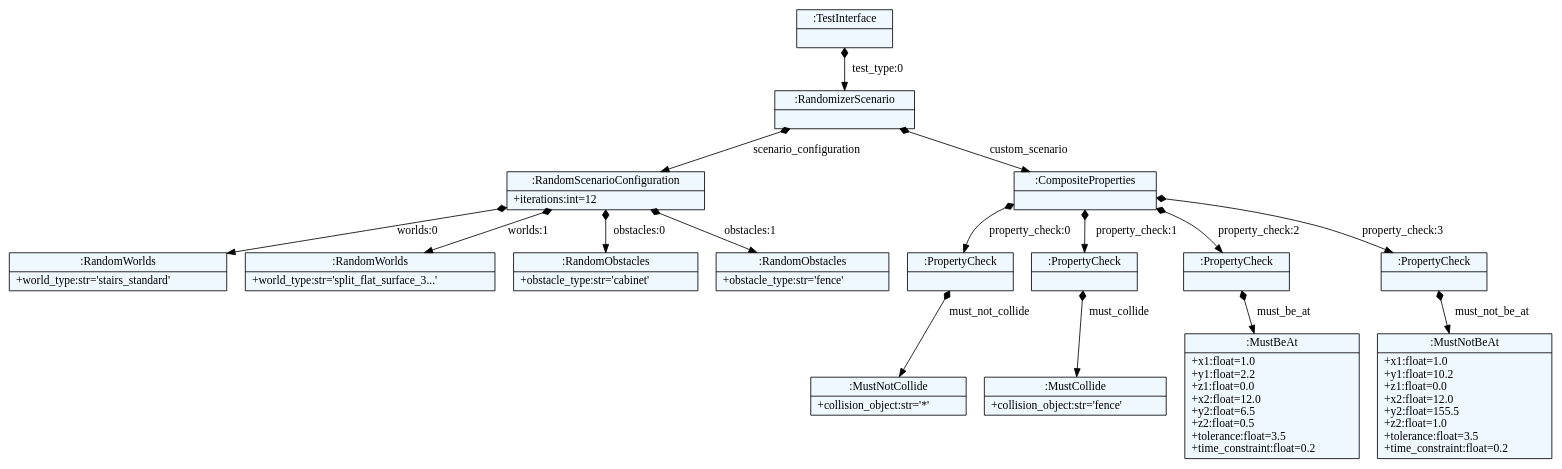
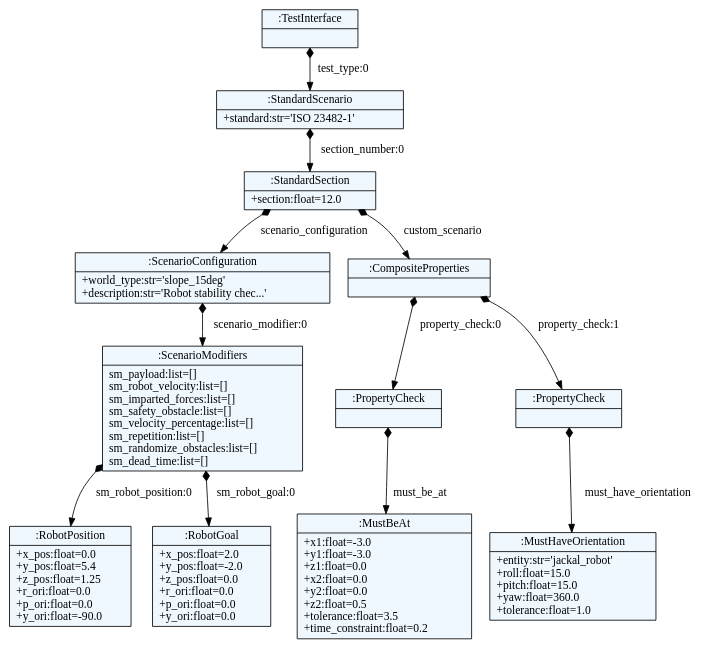
One commit to SOHAIL1996/property_based_tester changed the diagram in src/property_based_tester/property_based_language_generation/test_definitions.dot. Above: the diagram before and after it, drawn with Graphviz. The commit also changed 4 other files, not shown here.

Commit message:
Adding base grammar rule graph generation

```diff
--- a/src/property_based_tester/property_based_language_generation/test_definitions.dot
+++ b/src/property_based_tester/property_based_language_generation/test_definitions.dot
@@ -1,46 +1,38 @@
 
     digraph textX {
     fontname = "Bitstream Vera Sans"
     fontsize = 8
     node[
         shape=record,
         style=filled,
         fillcolor=aliceblue
     ]
     nodesep = 0.3
     edge[dir=black,arrowtail=empty]
 
 
-140392244913056 -> 140392244912768 [label="test_type:0" arrowtail=diamond dir=both]
-140392244912768 -> 140392244850352 [label="scenario_configuration" arrowtail=diamond dir=both]
-140392244850352 -> 140392244850064 [label="worlds:0" arrowtail=diamond dir=both]
-140392244850064[label="{:RandomWorlds|+world_type:str='stairs_standard'\l}"]
-140392244850352 -> 140392244849344 [label="worlds:1" arrowtail=diamond dir=both]
-140392244849344[label="{:RandomWorlds|+world_type:str='split_flat_surface_3...'\l}"]
-140392244850352 -> 140392244849248 [label="obstacles:0" arrowtail=diamond dir=both]
-140392244849248[label="{:RandomObstacles|+obstacle_type:str='cabinet'\l}"]
-140392244850352 -> 140392244849056 [label="obstacles:1" arrowtail=diamond dir=both]
-140392244849056[label="{:RandomObstacles|+obstacle_type:str='fence'\l}"]
-140392244850352[label="{:RandomScenarioConfiguration|+iterations:int=12\l}"]
-140392244912768 -> 140392244850400 [label="custom_scenario" arrowtail=diamond dir=both]
-140392244850400 -> 140392244848384 [label="property_check:0" arrowtail=diamond dir=both]
-140392244848384 -> 140392244848480 [label="must_not_collide" arrowtail=diamond dir=both]
-140392244848480[label="{:MustNotCollide|+collision_object:str='*'\l}"]
-140392244848384[label="{:PropertyCheck|}"]
-140392244850400 -> 140392244848096 [label="property_check:1" arrowtail=diamond dir=both]
-140392244848096 -> 140392244847808 [label="must_collide" arrowtail=diamond dir=both]
-140392244847808[label="{:MustCollide|+collision_object:str='fence'\l}"]
-140392244848096[label="{:PropertyCheck|}"]
-140392244850400 -> 140392244847760 [label="property_check:2" arrowtail=diamond dir=both]
-140392244847760 -> 140392244846752 [label="must_be_at" arrowtail=diamond dir=both]
-140392244846752[label="{:MustBeAt|+x1:float=1.0\l+y1:float=2.2\l+z1:float=0.0\l+x2:float=12.0\l+y2:float=6.5\l+z2:float=0.5\l+tolerance:float=3.5\l+time_constraint:float=0.2\l}"]
-140392244847760[label="{:PropertyCheck|}"]
-140392244850400 -> 140392244847088 [label="property_check:3" arrowtail=diamond dir=both]
-140392244847088 -> 140392244879024 [label="must_not_be_at" arrowtail=diamond dir=both]
-140392244879024[label="{:MustNotBeAt|+x1:float=1.0\l+y1:float=10.2\l+z1:float=0.0\l+x2:float=12.0\l+y2:float=155.5\l+z2:float=1.0\l+tolerance:float=3.5\l+time_constraint:float=0.2\l}"]
-140392244847088[label="{:PropertyCheck|}"]
-140392244850400[label="{:CompositeProperties|}"]
-140392244912768[label="{:RandomizerScenario|}"]
-140392244913056[label="{:TestInterface|}"]
+140522408799968 -> 140522408798768 [label="test_type:0" arrowtail=diamond dir=both]
+140522408798768 -> 140522408799488 [label="section_number:0" arrowtail=diamond dir=both]
+140522408799488 -> 140522408799200 [label="scenario_configuration" arrowtail=diamond dir=both]
+140522408799200 -> 140522408833136 [label="scenario_modifier:0" arrowtail=diamond dir=both]
+140522408833136 -> 140522408836640 [label="sm_robot_position:0" arrowtail=diamond dir=both]
+140522408836640[label="{:RobotPosition|+x_pos:float=0.0\l+y_pos:float=5.4\l+z_pos:float=1.25\l+r_ori:float=0.0\l+p_ori:float=0.0\l+y_ori:float=-90.0\l}"]
+140522408833136 -> 140522408836256 [label="sm_robot_goal:0" arrowtail=diamond dir=both]
+140522408836256[label="{:RobotGoal|+x_pos:float=2.0\l+y_pos:float=-2.0\l+z_pos:float=0.0\l+r_ori:float=0.0\l+p_ori:float=0.0\l+y_ori:float=0.0\l}"]
+140522408833136[label="{:ScenarioModifiers|sm_payload:list=[]\lsm_robot_velocity:list=[]\lsm_imparted_forces:list=[]\lsm_safety_obstacle:list=[]\lsm_velocity_percentage:list=[]\lsm_repetition:list=[]\lsm_randomize_obstacles:list=[]\lsm_dead_time:list=[]\l}"]
+140522408799200[label="{:ScenarioConfiguration|+world_type:str='slope_15deg'\l+description:str='Robot stability chec...'\l}"]
+140522408799488 -> 140522408800160 [label="custom_scenario" arrowtail=diamond dir=both]
+140522408800160 -> 140522408836304 [label="property_check:0" arrowtail=diamond dir=both]
+140522408836304 -> 140522408835968 [label="must_be_at" arrowtail=diamond dir=both]
+140522408835968[label="{:MustBeAt|+x1:float=-3.0\l+y1:float=-3.0\l+z1:float=0.0\l+x2:float=0.0\l+y2:float=0.0\l+z2:float=0.5\l+tolerance:float=3.5\l+time_constraint:float=0.2\l}"]
+140522408836304[label="{:PropertyCheck|}"]
+140522408800160 -> 140522408835920 [label="property_check:1" arrowtail=diamond dir=both]
+140522408835920 -> 140522408835632 [label="must_have_orientation" arrowtail=diamond dir=both]
+140522408835632[label="{:MustHaveOrientation|+entity:str='jackal_robot'\l+roll:float=15.0\l+pitch:float=15.0\l+yaw:float=360.0\l+tolerance:float=1.0\l}"]
+140522408835920[label="{:PropertyCheck|}"]
+140522408800160[label="{:CompositeProperties|}"]
+140522408799488[label="{:StandardSection|+section:float=12.0\l}"]
+140522408798768[label="{:StandardScenario|+standard:str='ISO 23482-1'\l}"]
+140522408799968[label="{:TestInterface|}"]
 
 }
```
